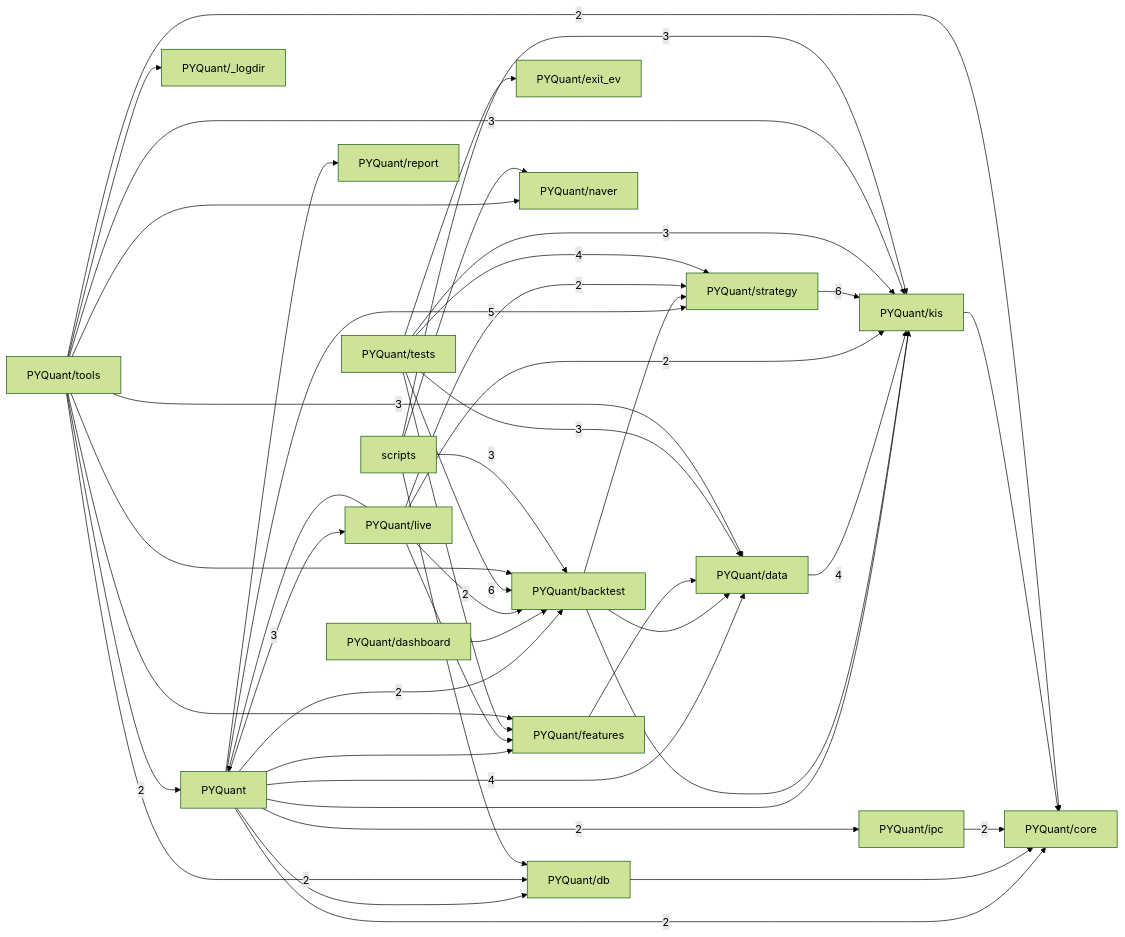
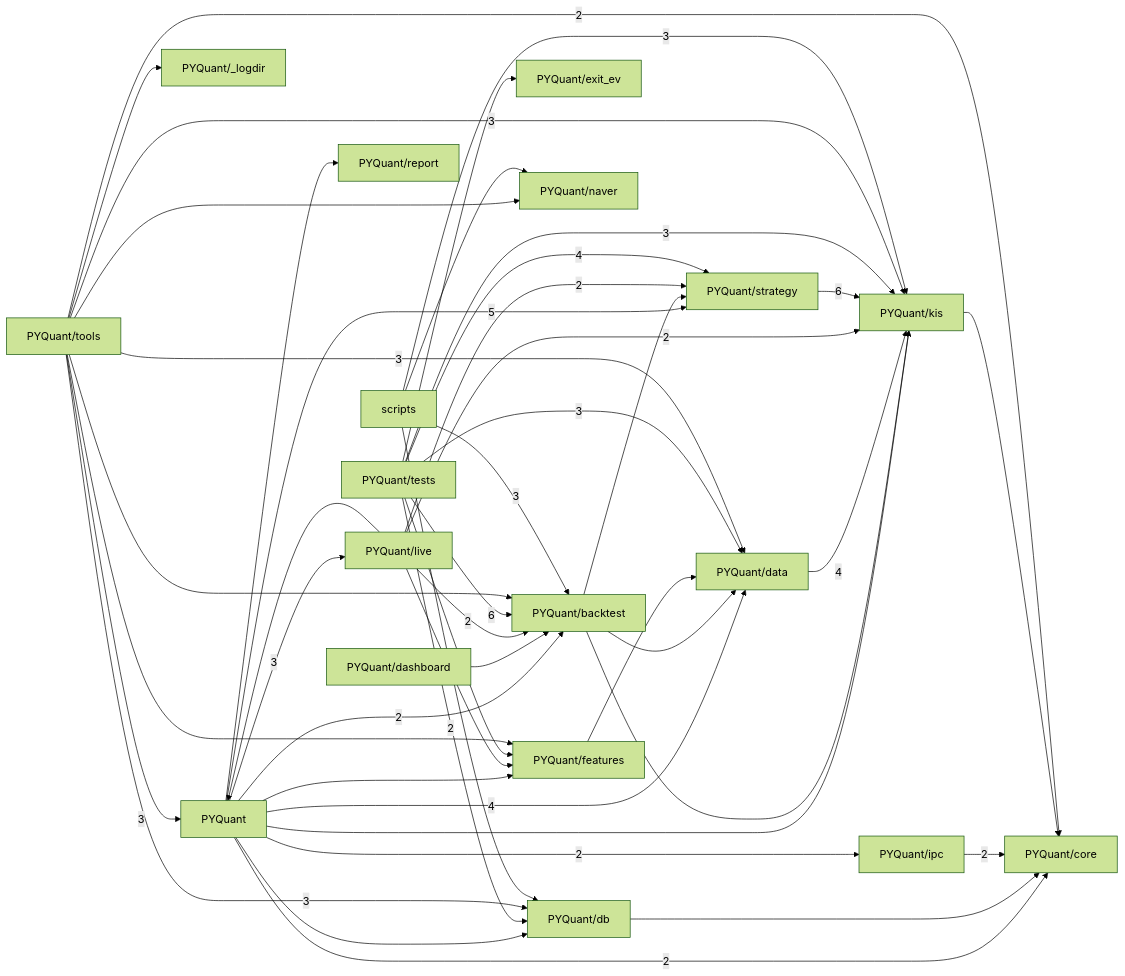
One commit to pypy8171/Quant changed the third of 3 diagrams in docs/CODE_GRAPH.md. Above: the diagram before and after it, drawn with Mermaid (forest theme). The commit also changed other lines of this file and 18 other files, not shown here.

````diff
--- a/docs/CODE_GRAPH.md
+++ b/docs/CODE_GRAPH.md
@@ -781,65 +793,66 @@
 ```mermaid
 graph LR
   p_PYQuant["PYQuant"]
   p_PYQuant__logdir["PYQuant/_logdir"]
   p_PYQuant_backtest["PYQuant/backtest"]
   p_PYQuant_core["PYQuant/core"]
   p_PYQuant_dashboard["PYQuant/dashboard"]
   p_PYQuant_data["PYQuant/data"]
   p_PYQuant_db["PYQuant/db"]
   p_PYQuant_exit_ev["PYQuant/exit_ev"]
   p_PYQuant_features["PYQuant/features"]
   p_PYQuant_ipc["PYQuant/ipc"]
   p_PYQuant_kis["PYQuant/kis"]
   p_PYQuant_live["PYQuant/live"]
   p_PYQuant_naver["PYQuant/naver"]
   p_PYQuant_report["PYQuant/report"]
   p_PYQuant_strategy["PYQuant/strategy"]
   p_PYQuant_tests["PYQuant/tests"]
   p_PYQuant_tools["PYQuant/tools"]
   p_scripts["scripts"]
   p_PYQuant -->|2| p_PYQuant_backtest
   p_PYQuant -->|2| p_PYQuant_core
   p_PYQuant -->|4| p_PYQuant_data
   p_PYQuant --> p_PYQuant_db
   p_PYQuant --> p_PYQuant_features
   p_PYQuant -->|2| p_PYQuant_ipc
   p_PYQuant --> p_PYQuant_kis
   p_PYQuant -->|3| p_PYQuant_live
   p_PYQuant --> p_PYQuant_report
   p_PYQuant -->|5| p_PYQuant_strategy
   p_PYQuant_backtest --> p_PYQuant_data
   p_PYQuant_backtest --> p_PYQuant_kis
   p_PYQuant_backtest --> p_PYQuant_strategy
   p_PYQuant_dashboard --> p_PYQuant_backtest
   p_PYQuant_data -->|4| p_PYQuant_kis
   p_PYQuant_db --> p_PYQuant_core
   p_PYQuant_features --> p_PYQuant_data
   p_PYQuant_ipc -->|2| p_PYQuant_core
   p_PYQuant_kis --> p_PYQuant_core
   p_PYQuant_live --> p_PYQuant
   p_PYQuant_live -->|2| p_PYQuant_backtest
   p_PYQuant_live --> p_PYQuant_features
   p_PYQuant_live -->|2| p_PYQuant_kis
   p_PYQuant_live -->|2| p_PYQuant_strategy
   p_PYQuant_strategy -->|6| p_PYQuant_kis
   p_PYQuant_tests -->|6| p_PYQuant_backtest
   p_PYQuant_tests -->|3| p_PYQuant_data
+  p_PYQuant_tests -->|2| p_PYQuant_db
   p_PYQuant_tests --> p_PYQuant_exit_ev
   p_PYQuant_tests --> p_PYQuant_features
   p_PYQuant_tests -->|3| p_PYQuant_kis
   p_PYQuant_tests -->|4| p_PYQuant_strategy
-  p_PYQuant_tools -->|2| p_PYQuant
+  p_PYQuant_tools -->|3| p_PYQuant
   p_PYQuant_tools --> p_PYQuant__logdir
   p_PYQuant_tools --> p_PYQuant_backtest
   p_PYQuant_tools -->|2| p_PYQuant_core
   p_PYQuant_tools -->|3| p_PYQuant_data
-  p_PYQuant_tools -->|2| p_PYQuant_db
+  p_PYQuant_tools -->|3| p_PYQuant_db
   p_PYQuant_tools --> p_PYQuant_features
   p_PYQuant_tools -->|3| p_PYQuant_kis
   p_PYQuant_tools --> p_PYQuant_naver
   p_scripts -->|3| p_PYQuant_backtest
   p_scripts --> p_PYQuant_db
   p_scripts -->|3| p_PYQuant_kis
   p_scripts --> p_PYQuant_naver
 ```
````
